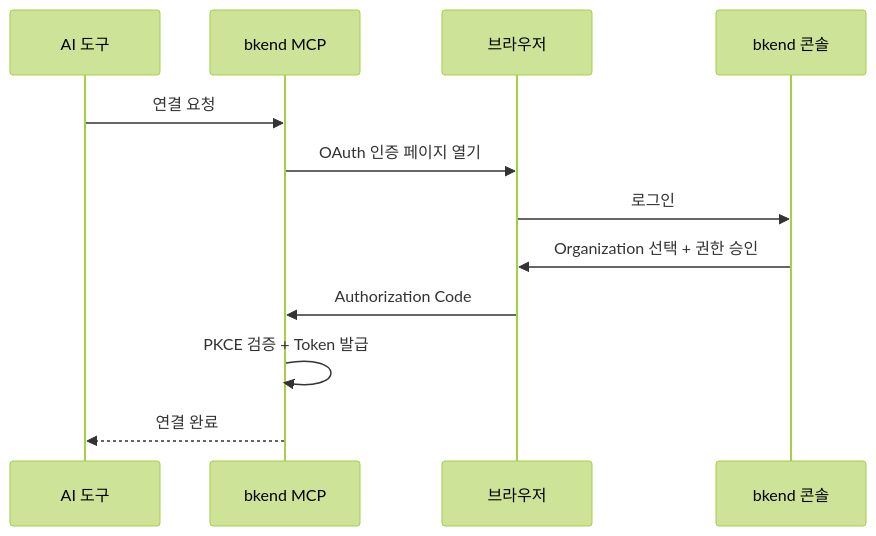
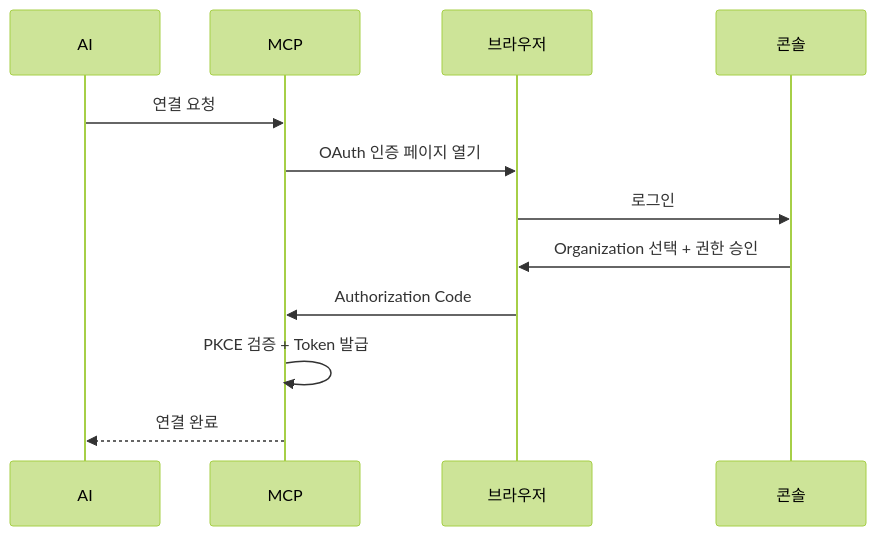
Before and after one commit to popup-studio-ai/bkend-docs: the second of 2 diagrams in ko/ai-tools/01-overview.md, drawn with Mermaid (forest theme). The commit also changed 24 other files, not shown here.

````diff
--- a/ko/ai-tools/01-overview.md
+++ b/ko/ai-tools/01-overview.md
@@ -104,15 +104,15 @@
 ```mermaid
 sequenceDiagram
-    participant AI as AI 도구
-    participant MCP as bkend MCP
+    participant AI as AI
+    participant MCP as MCP
     participant Browser as 브라우저
-    participant Console as bkend 콘솔
+    participant Console as 콘솔
 
     AI->>MCP: 연결 요청
     MCP->>Browser: OAuth 인증 페이지 열기
     Browser->>Console: 로그인
     Console->>Browser: Organization 선택 + 권한 승인
     Browser->>MCP: Authorization Code
     MCP->>MCP: PKCE 검증 + Token 발급
     MCP-->>AI: 연결 완료
 ```
````
